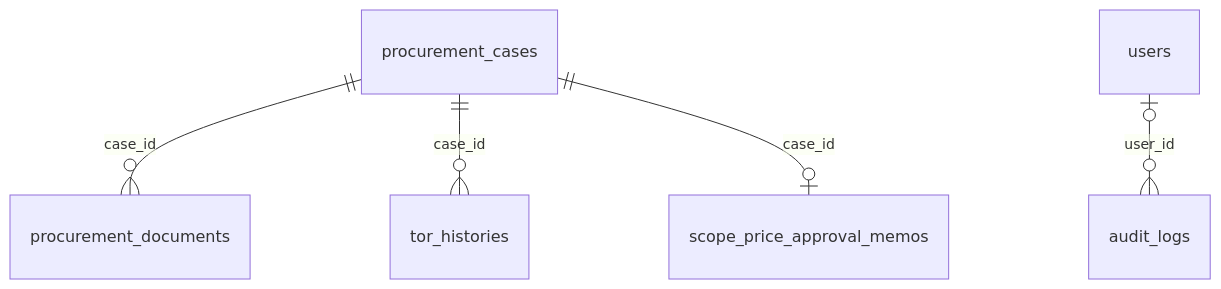
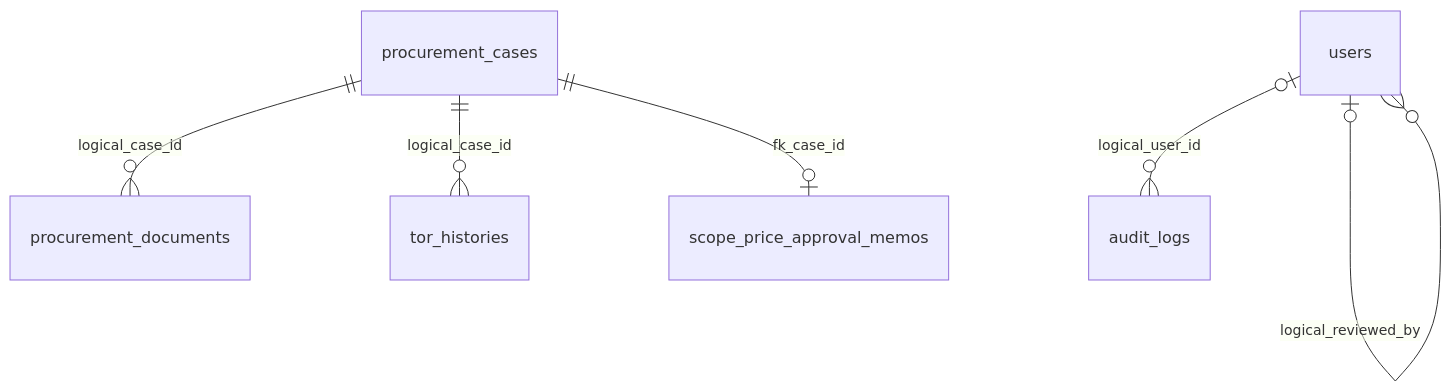
Before and after one commit to TonChaiya/torskp.page.gd: the diagram in docs/DATABASE.md, drawn with Mermaid. The commit also changed other lines of this file and 16 other files, not shown here.

First line of the commit message:
chore(db): sync v1.1.0 schema and protect private backups

````diff
--- a/docs/DATABASE.md
+++ b/docs/DATABASE.md
@@ -26,7 +26,8 @@
 ```mermaid
 erDiagram
- procurement_cases ||--o{ procurement_documents : case_id
- procurement_cases ||--o{ tor_histories : case_id
- procurement_cases ||--o| scope_price_approval_memos : case_id
- users o|--o{ audit_logs : user_id
+ procurement_cases ||--o{ procurement_documents : logical_case_id
+ procurement_cases ||--o{ tor_histories : logical_case_id
+ procurement_cases ||--o| scope_price_approval_memos : fk_case_id
+ users o|--o{ audit_logs : logical_user_id
+ users o|--o{ users : logical_reviewed_by
 ```
````
